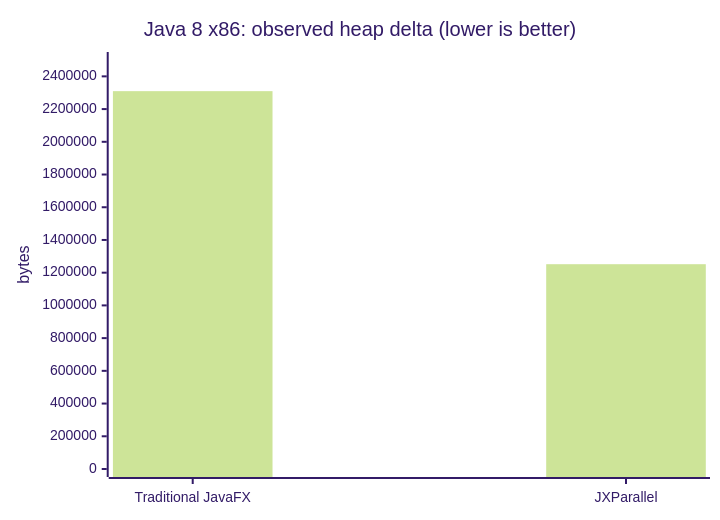
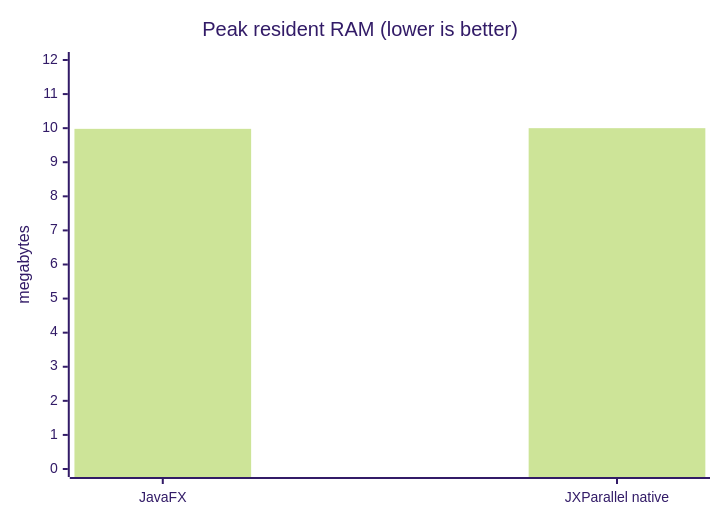
Before and after one commit to Bacuriim/JXParallel: the fourth of 5 diagrams in README.md, drawn with Mermaid (forest theme). The commit also changed other lines of this file, not shown here.

Commit message:
Update README with native UI performance graphs

````diff
--- a/README.md
+++ b/README.md
@@ -260,7 +277,7 @@
 ```mermaid
 xychart-beta
-    title "Java 8 x86: observed heap delta (lower is better)"
-    x-axis ["Traditional JavaFX", "JXParallel"]
-    y-axis "bytes" 0 --> 2500000
-    bar [2309547, 1251810]
+    title "Peak resident RAM (lower is better)"
+    x-axis ["JavaFX", "JXParallel native"]
+    y-axis "megabytes" 0 --> 12
+    bar [9.98, 10.00]
 ```
````
